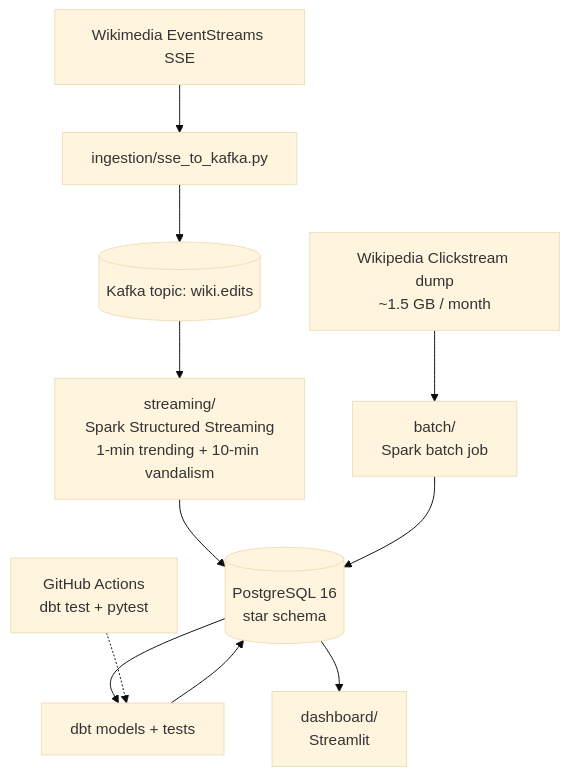
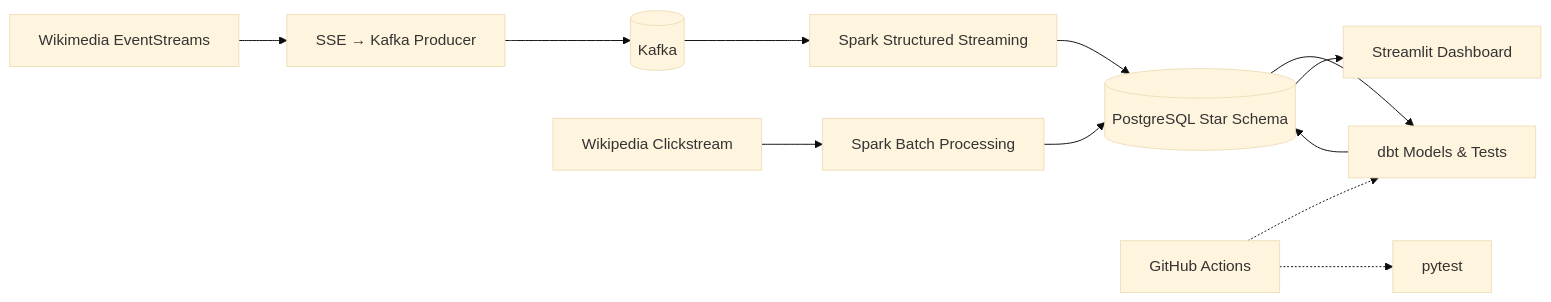
The diagram in README.md (bakardon/wikipedia-live-edit-pipeline), drawn with Mermaid (base theme) before and after one commit. The commit also changed other lines of this file, not shown here.

````diff
--- a/README.md
+++ b/README.md
@@ -9,13 +13,14 @@
 ```mermaid
-flowchart TD
-  SSE[Wikimedia EventStreams SSE] --> Producer[ingestion/sse_to_kafka.py]
-  Producer --> Kafka[(Kafka topic: wiki.edits)]
-  Kafka --> Stream[streaming/<br/>Spark Structured Streaming<br/>1-min trending + 10-min vandalism]
-  Stream --> PG[(PostgreSQL 16<br/>star schema)]
-  CS[Wikipedia Clickstream dump<br/>~1.5 GB / month] --> Batch[batch/<br/>Spark batch job]
-  Batch --> PG
-  PG --> Dbt[dbt models + tests]
-  Dbt --> PG
-  PG --> Dash[dashboard/<br/>Streamlit]
-  GH[GitHub Actions<br/>dbt test + pytest] -.-> Dbt
+flowchart LR
+  SSE[Wikimedia EventStreams] --> ING[SSE → Kafka Producer]
+  ING --> K[(Kafka)]
+  K --> SS[Spark Structured Streaming]
+  CS[Wikipedia Clickstream] --> BS[Spark Batch Processing]
+  SS --> PG[(PostgreSQL Star Schema)]
+  BS --> PG
+  PG --> DBT[dbt Models & Tests]
+  DBT --> PG
+  PG --> DASH[Streamlit Dashboard]
+  CI[GitHub Actions] -.-> DBT
+  CI -.-> TEST[pytest]
 ```
````
